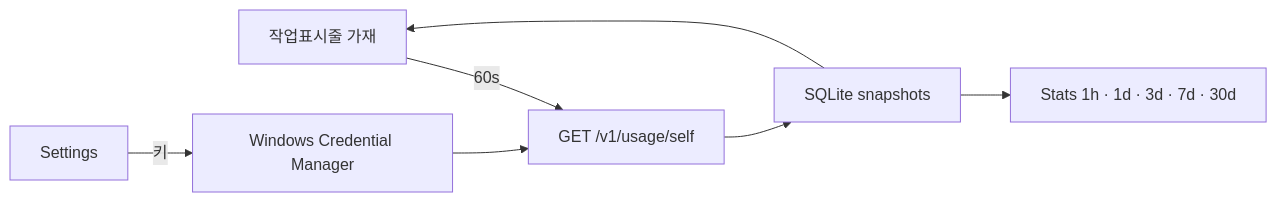
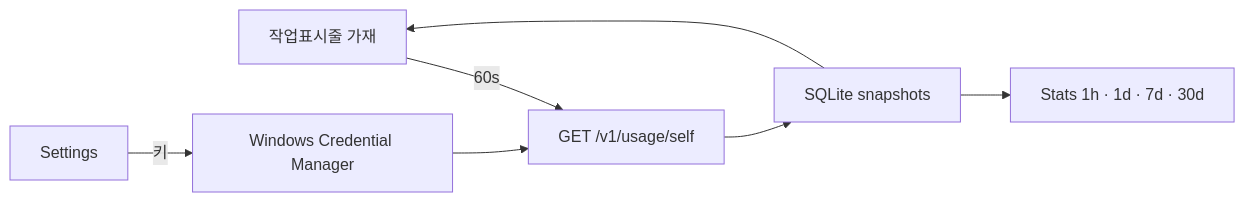
The diagram in README.md (MovieHolic-Plex/quota-bar), drawn with Mermaid before and after one commit. The commit also changed other lines of this file and 12 other files, not shown here.

````diff
--- a/README.md
+++ b/README.md
@@ -146,9 +146,9 @@
 ```mermaid
 flowchart LR
   A[작업표시줄 가재] -->|60s| B[GET /v1/usage/self]
   B --> C[SQLite snapshots]
   C --> A
-  C --> D[Stats 1h · 1d · 3d · 7d · 30d]
+  C --> D[Stats 1h · 1d · 7d · 30d]
   E[Settings] -->|키| F[Windows Credential Manager]
   F --> B
 ```
````
